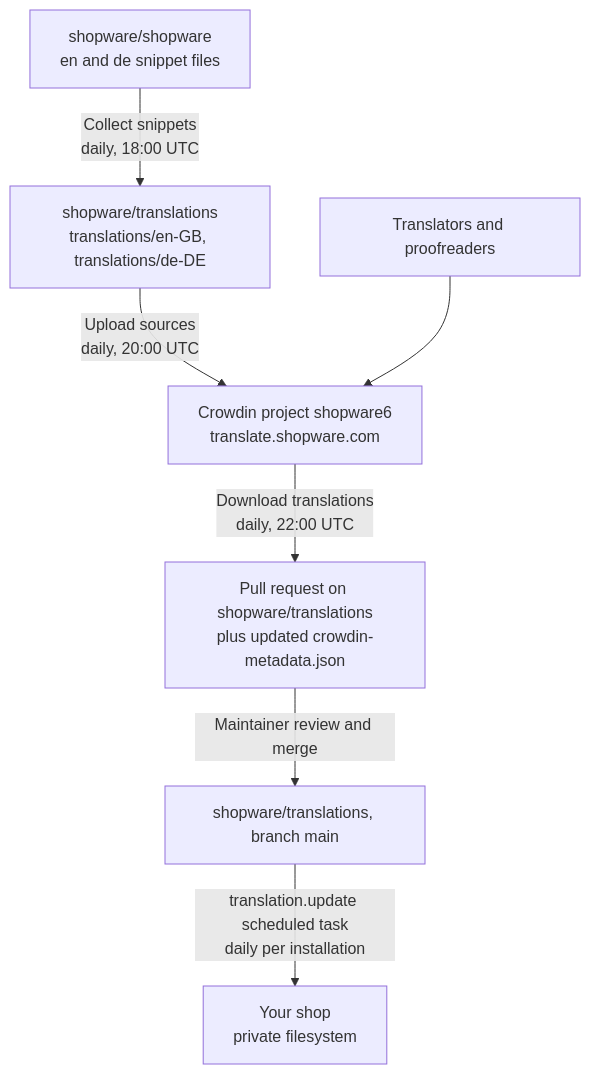
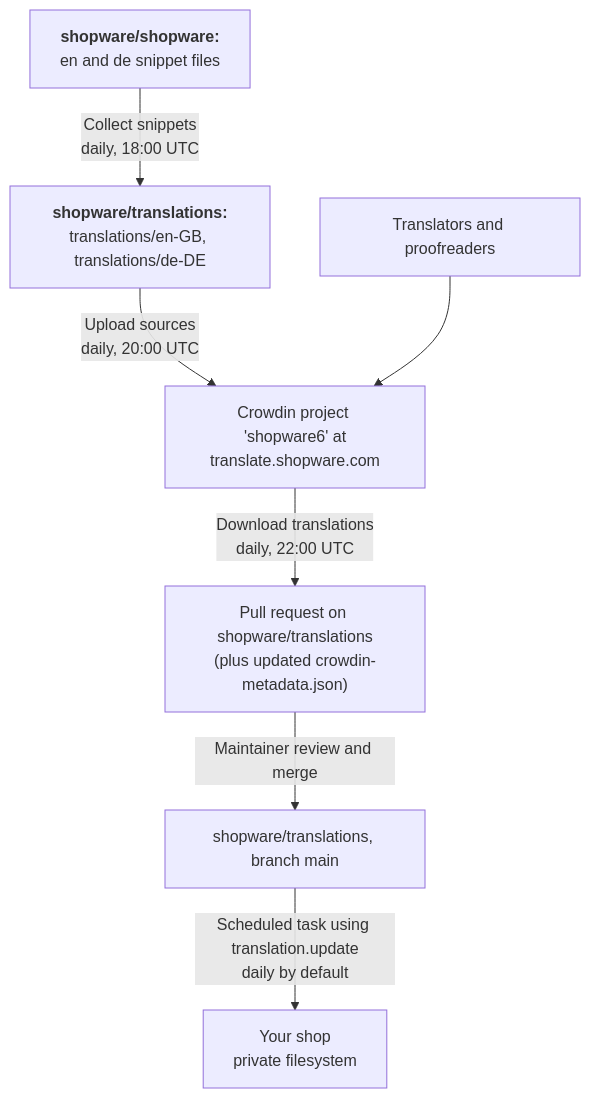
Before and after one commit to shopware/docs: the diagram in concepts/framework/translations/automated-translation-updates.md, drawn with Mermaid. The commit also changed other lines of this file, not shown here.

First line of the commit message:
docs: apply review feedback on the translation update page

````diff
--- a/concepts/framework/translations/automated-translation-updates.md
+++ b/concepts/framework/translations/automated-translation-updates.md
@@ -26,9 +26,9 @@
 ```mermaid
 flowchart TD
-    A["shopware/shopware<br/>en and de snippet files"] -->|"Collect snippets<br/>daily, 18:00 UTC"| B["shopware/translations<br/>translations/en-GB, translations/de-DE"]
-    B -->|"Upload sources<br/>daily, 20:00 UTC"| C["Crowdin project shopware6<br/>translate.shopware.com"]
+    A["<strong>shopware/shopware:</strong><br/>en and de snippet files"] -->|"Collect snippets<br/>daily, 18:00 UTC"| B
+    B["<strong>shopware/translations:</strong><br/>translations/en-GB, translations/de-DE"] -->|"Upload sources<br/>daily, 20:00 UTC"| C
     D["Translators and proofreaders"] --> C
-    C -->|"Download translations<br/>daily, 22:00 UTC"| E["Pull request on shopware/translations<br/>plus updated crowdin-metadata.json"]
-    E -->|"Maintainer review and merge"| F["shopware/translations, branch main"]
-    F -->|"translation.update scheduled task<br/>daily per installation"| G["Your shop<br/>private filesystem"]
+    C["Crowdin project 'shopware6' at<br/>translate.shopware.com"] -->|"Download translations<br/>daily, 22:00 UTC"| E
+    E["Pull request on shopware/translations<br/>(plus updated crowdin-metadata.json)"] -->|"Maintainer review and merge"| F
+    F["shopware/translations, branch main"] -->|"Scheduled task using translation.update<br/>daily by default"| G["Your shop<br/>private filesystem"]
 ```
````
